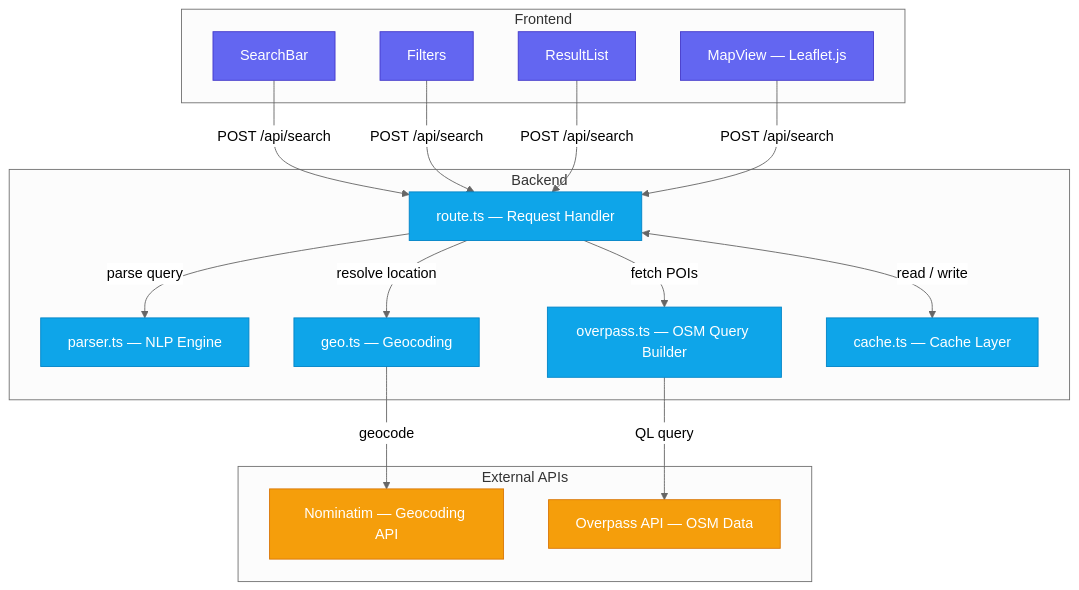
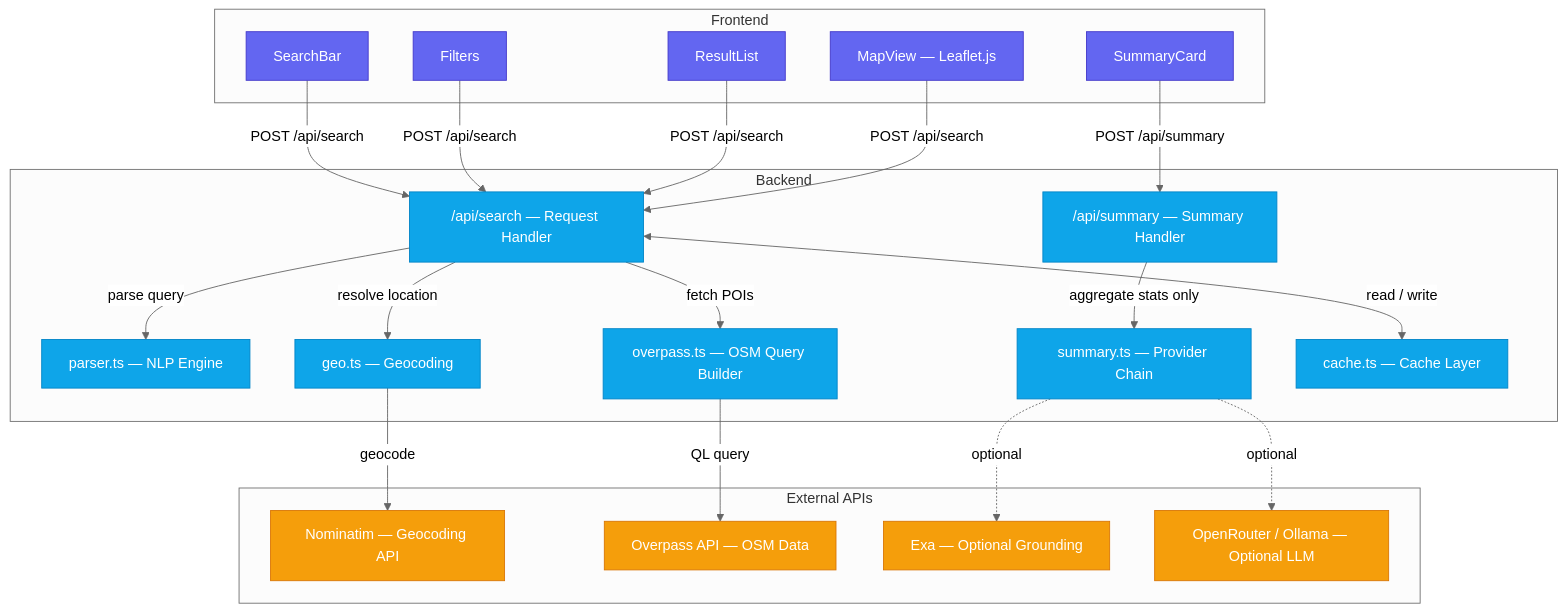
Before and after one commit to Aviox8/lighthouse: the diagram in README.md, drawn with Mermaid (neutral theme). The commit also changed other lines of this file and 4 other files, not shown here.

````diff
--- a/README.md
+++ b/README.md
@@ -27,40 +26,49 @@
 ```mermaid
 flowchart TB
     classDef frontend fill:#6366f1,stroke:#4338ca,color:#fff
     classDef backend fill:#0ea5e9,stroke:#0284c7,color:#fff
     classDef external fill:#f59e0b,stroke:#d97706,color:#fff
 
     subgraph FE["Frontend"]
         SearchBar["SearchBar"]
         Filters["Filters"]
         ResultList["ResultList"]
+        SummaryCard["SummaryCard"]
         MapView["MapView — Leaflet.js"]
     end
 
     subgraph BE["Backend"]
-        route["route.ts — Request Handler"]
+        route["/api/search — Request Handler"]
+        summaryRoute["/api/summary — Summary Handler"]
         parser["parser.ts — NLP Engine"]
         geo["geo.ts — Geocoding"]
         overpass["overpass.ts — OSM Query Builder"]
+        summary["summary.ts — Provider Chain"]
         cache["cache.ts — Cache Layer"]
     end
 
     subgraph EX["External APIs"]
         Nominatim["Nominatim — Geocoding API"]
         OverpassAPI["Overpass API — OSM Data"]
+        Exa["Exa — Optional Grounding"]
+        LLM["OpenRouter / Ollama — Optional LLM"]
     end
 
     SearchBar & Filters & ResultList & MapView -->|"POST /api/search"| route
+    SummaryCard -->|"POST /api/summary"| summaryRoute
 
     route -->|"parse query"| parser
     route -->|"resolve location"| geo
     route -->|"fetch POIs"| overpass
     route <-->|"read / write"| cache
+    summaryRoute -->|"aggregate stats only"| summary
 
     geo -->|"geocode"| Nominatim
     overpass -->|"QL query"| OverpassAPI
+    summary -.->|"optional"| Exa
+    summary -.->|"optional"| LLM
 
-    class SearchBar,Filters,ResultList,MapView frontend
-    class route,parser,geo,overpass,cache backend
-    class Nominatim,OverpassAPI external
+    class SearchBar,Filters,ResultList,SummaryCard,MapView frontend
+    class route,summaryRoute,parser,geo,overpass,summary,cache backend
+    class Nominatim,OverpassAPI,Exa,LLM external
 ```
````
